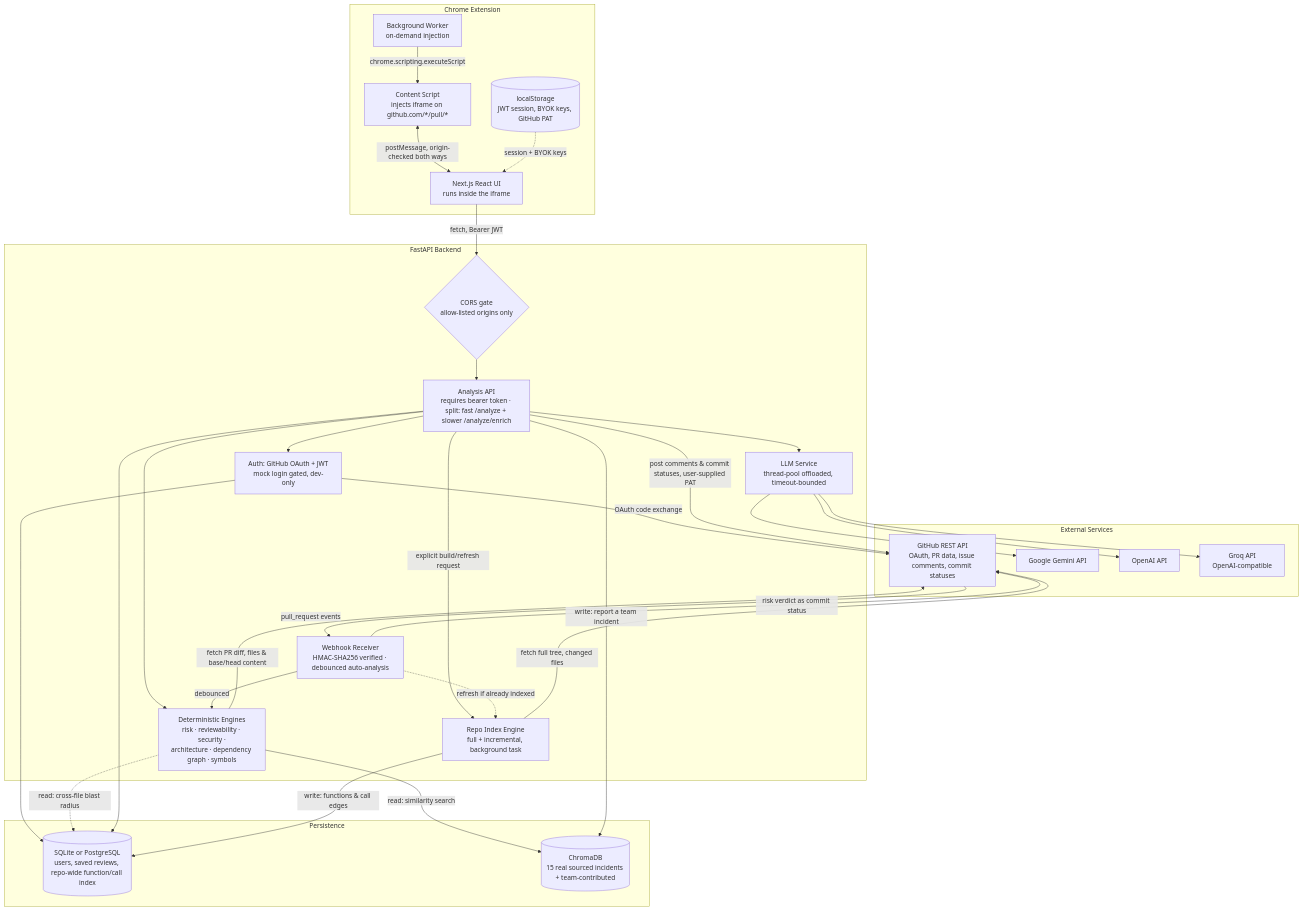
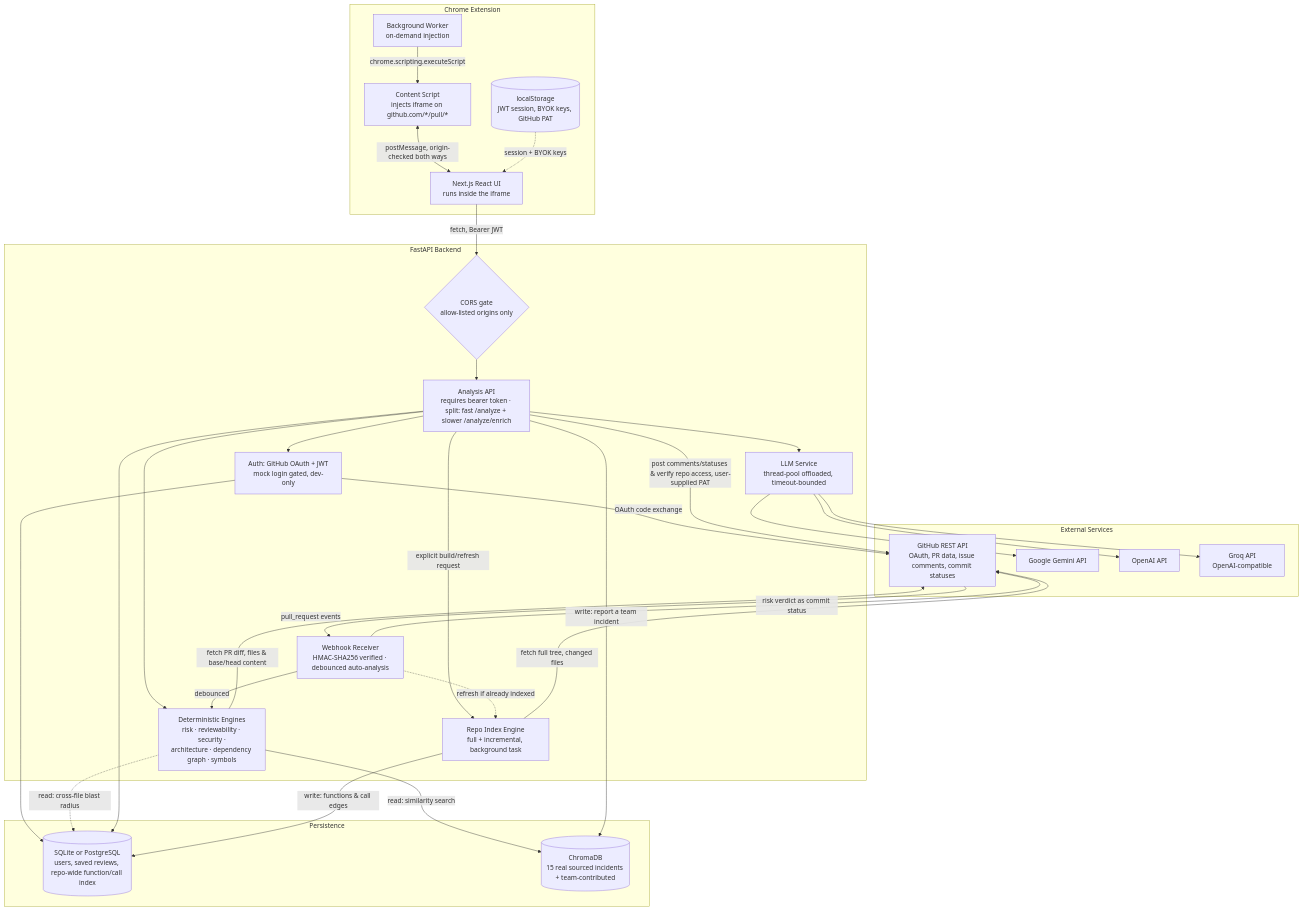
The diagram in README.md (kankaniakshat185/prscope-pr-review-intelligence), drawn with Mermaid before and after one commit. The commit also changed other lines of this file and 9 other files, not shown here.

````diff
--- a/README.md
+++ b/README.md
@@ -103,59 +105,59 @@
 ```mermaid
 graph TD
     subgraph Client [Chrome Extension]
         CS[Content Script<br/>injects iframe on github.com/*/pull/*]
         BS[Background Worker<br/>on-demand injection]
         UI[Next.js React UI<br/>runs inside the iframe]
         Storage[(localStorage<br/>JWT session, BYOK keys, GitHub PAT)]
     end
 
     subgraph Backend [FastAPI Backend]
         CORS{CORS gate<br/>allow-listed origins only}
         Auth[Auth: GitHub OAuth + JWT<br/>mock login gated, dev-only]
         API[Analysis API<br/>requires bearer token · split: fast /analyze + slower /analyze/enrich]
         Engines[Deterministic Engines<br/>risk · reviewability · security ·<br/>architecture · dependency graph · symbols]
         Indexer[Repo Index Engine<br/>full + incremental, background task]
         LLMSvc[LLM Service<br/>thread-pool offloaded, timeout-bounded]
         Webhook[Webhook Receiver<br/>HMAC-SHA256 verified · debounced auto-analysis]
     end
 
     subgraph Data [Persistence]
         DB[(SQLite or PostgreSQL<br/>users, saved reviews, repo-wide function/call index)]
         Chroma[(ChromaDB<br/>15 real sourced incidents + team-contributed)]
     end
 
     subgraph External [External Services]
         GH[GitHub REST API<br/>OAuth, PR data, issue comments, commit statuses]
         Gemini[Google Gemini API]
         OpenAI[OpenAI API]
         Groq[Groq API<br/>OpenAI-compatible]
     end
 
     BS -->|chrome.scripting.executeScript| CS
     CS <-->|postMessage, origin-checked both ways| UI
     UI -->|fetch, Bearer JWT| CORS --> API
     Storage -.->|session + BYOK keys| UI
 
     API --> Auth
     Auth -->|OAuth code exchange| GH
     Auth --> DB
     API --> Engines
     Engines -->|fetch PR diff, files & base/head content| GH
     Engines -.->|read: cross-file blast radius| DB
-    API -->|post comments & commit statuses, user-supplied PAT| GH
+    API -->|post comments/statuses & verify repo access, user-supplied PAT| GH
     Engines -->|read: similarity search| Chroma
     API -->|write: report a team incident| Chroma
     API --> LLMSvc
     LLMSvc --> Gemini
     LLMSvc --> OpenAI
     LLMSvc --> Groq
     API --> DB
     API -->|explicit build/refresh request| Indexer
     Indexer -->|fetch full tree, changed files| GH
     Indexer -->|write: functions & call edges| DB
 
     GH -->|pull_request events| Webhook
     Webhook -->|debounced| Engines
     Webhook -.->|refresh if already indexed| Indexer
     Webhook -->|risk verdict as commit status| GH
 ```
````
